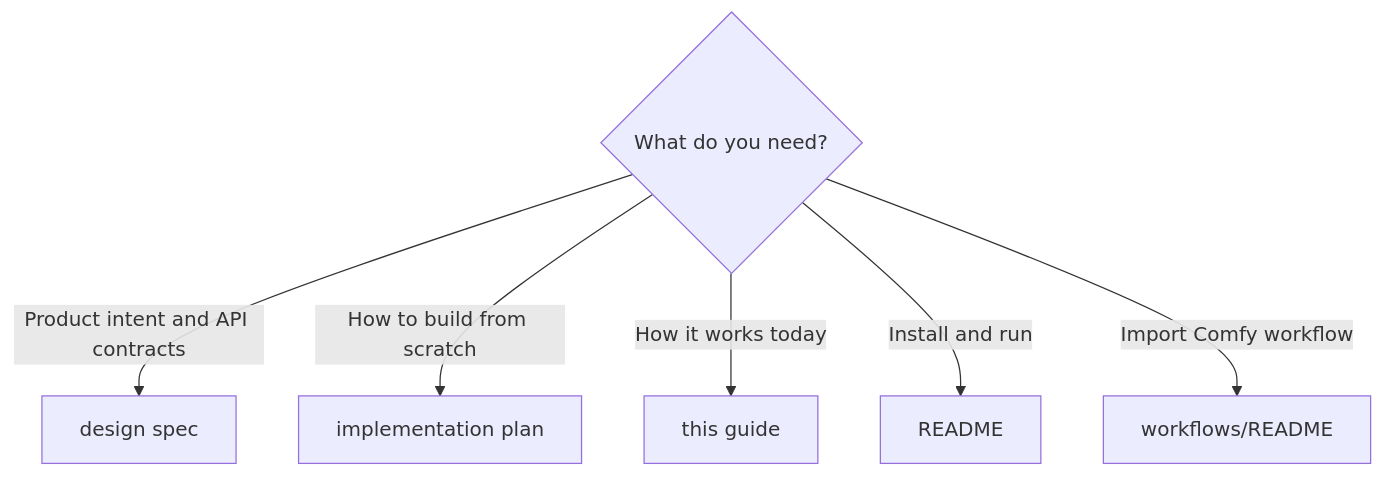
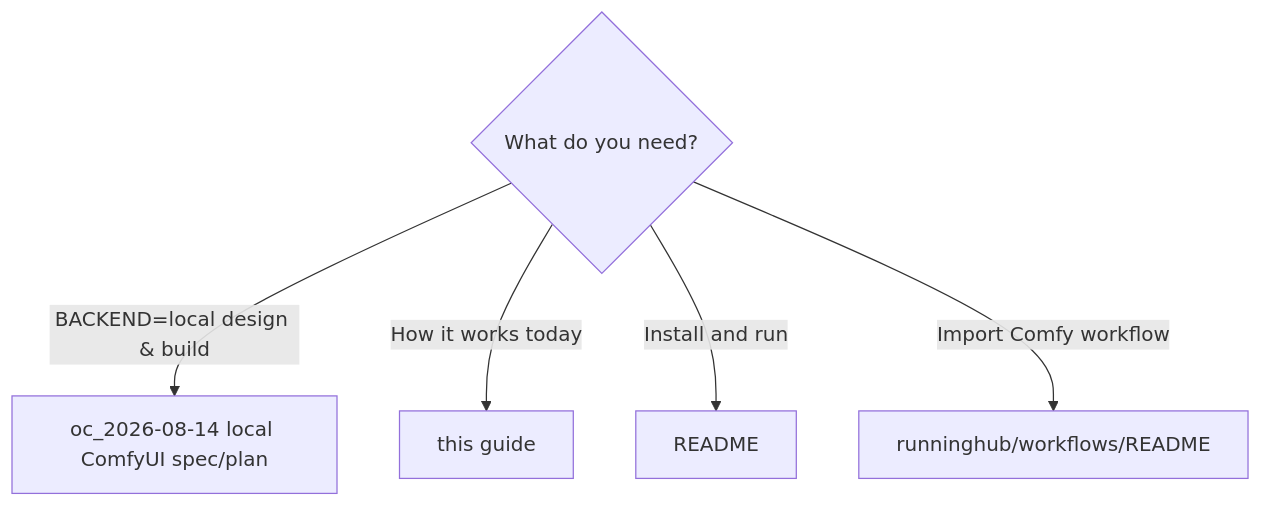
One commit to jxjwilliam/nsfw-app changed diagram 12 of 12 in docs/implementation-guide.md. Above: the diagram before and after it, drawn with Mermaid. The commit also changed other lines of this file and 34 other files, not shown here.

First line of the commit message:
refactor: group folders by backend and add Kimi provider to workflow generator

````diff
--- a/docs/implementation-guide.md
+++ b/docs/implementation-guide.md
@@ -536,9 +574,8 @@
 ```mermaid
 flowchart TD
   Q{What do you need?}
-  Q -->|Product intent and API contracts| Spec[design spec]
-  Q -->|How to build from scratch| Plan[implementation plan]
+  Q -->|BACKEND=local design & build| Spec[oc_2026-08-14 local ComfyUI spec/plan]
   Q -->|How it works today| Here[this guide]
   Q -->|Install and run| Readme[README]
-  Q -->|Import Comfy workflow| WF[workflows/README]
+  Q -->|Import Comfy workflow| WF[runninghub/workflows/README]
 ```
````
